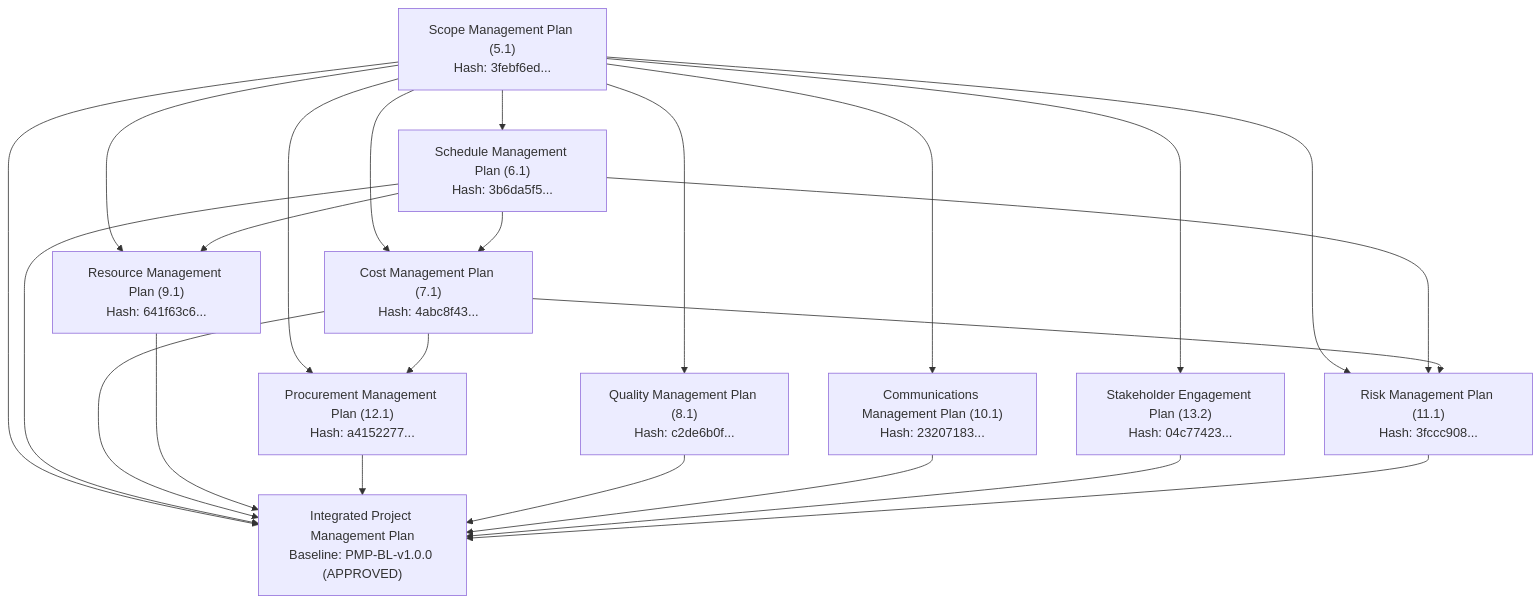
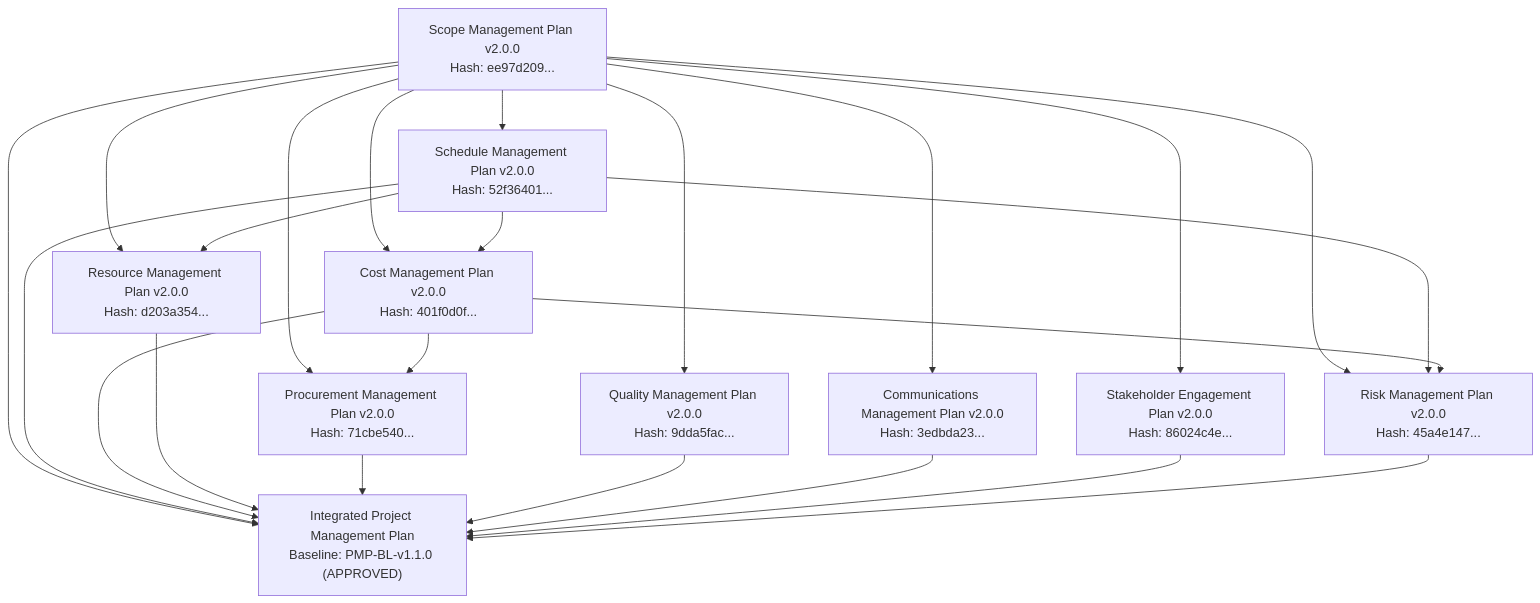
Before and after one commit to mdresch/agent-learning: the diagram in docs/project-docs/Project-Management-Plan.md, drawn with Mermaid. The commit also changed other lines of this file and 187 other files, not shown here.

````diff
--- a/docs/project-docs/Project-Management-Plan.md
+++ b/docs/project-docs/Project-Management-Plan.md
@@ -69,28 +80,28 @@
 ```mermaid
 flowchart TD
-    SCOPE["Scope Management Plan (5.1)<br/>Hash: 3febf6ed..."]
-    SCHED["Schedule Management Plan (6.1)<br/>Hash: 3b6da5f5..."]
-    COST["Cost Management Plan (7.1)<br/>Hash: 4abc8f43..."]
-    RES["Resource Management Plan (9.1)<br/>Hash: 641f63c6..."]
-    PROC["Procurement Management Plan (12.1)<br/>Hash: a4152277..."]
-    QUAL["Quality Management Plan (8.1)<br/>Hash: c2de6b0f..."]
-    COMM["Communications Management Plan (10.1)<br/>Hash: 23207183..."]
-    STAKE["Stakeholder Engagement Plan (13.2)<br/>Hash: 04c77423..."]
-    RISK["Risk Management Plan (11.1)<br/>Hash: 3fccc908..."]
+    SCOPE["Scope Management Plan v2.0.0<br/>Hash: ee97d209..."]
+    SCHED["Schedule Management Plan v2.0.0<br/>Hash: 52f36401..."]
+    COST["Cost Management Plan v2.0.0<br/>Hash: 401f0d0f..."]
+    RES["Resource Management Plan v2.0.0<br/>Hash: d203a354..."]
+    PROC["Procurement Management Plan v2.0.0<br/>Hash: 71cbe540..."]
+    QUAL["Quality Management Plan v2.0.0<br/>Hash: 9dda5fac..."]
+    COMM["Communications Management Plan v2.0.0<br/>Hash: 3edbda23..."]
+    STAKE["Stakeholder Engagement Plan v2.0.0<br/>Hash: 86024c4e..."]
+    RISK["Risk Management Plan v2.0.0<br/>Hash: 45a4e147..."]
 
     SCOPE --> SCHED
     SCOPE --> COST
     SCHED --> COST
     SCOPE --> RES
     SCHED --> RES
     SCOPE --> PROC
     COST --> PROC
     SCOPE --> QUAL
     SCOPE --> COMM
     SCOPE --> STAKE
     SCOPE --> RISK
     SCHED --> RISK
     COST --> RISK
 
-    SCOPE & SCHED & COST & RES & PROC & QUAL & COMM & STAKE & RISK --> PMP["Integrated Project Management Plan<br/>Baseline: PMP-BL-v1.0.0 (APPROVED)"]
+    SCOPE & SCHED & COST & RES & PROC & QUAL & COMM & STAKE & RISK --> PMP["Integrated Project Management Plan<br/>Baseline: PMP-BL-v1.1.0 (APPROVED)"]
 ```
````
